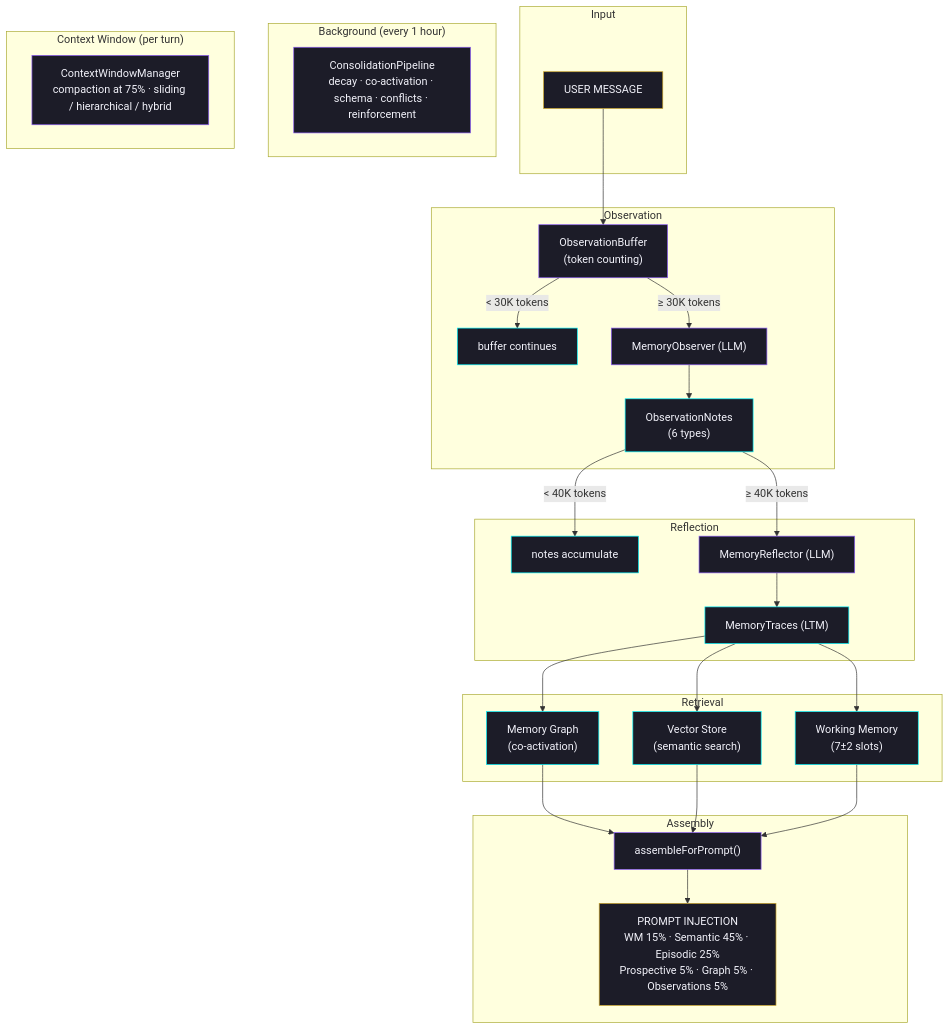
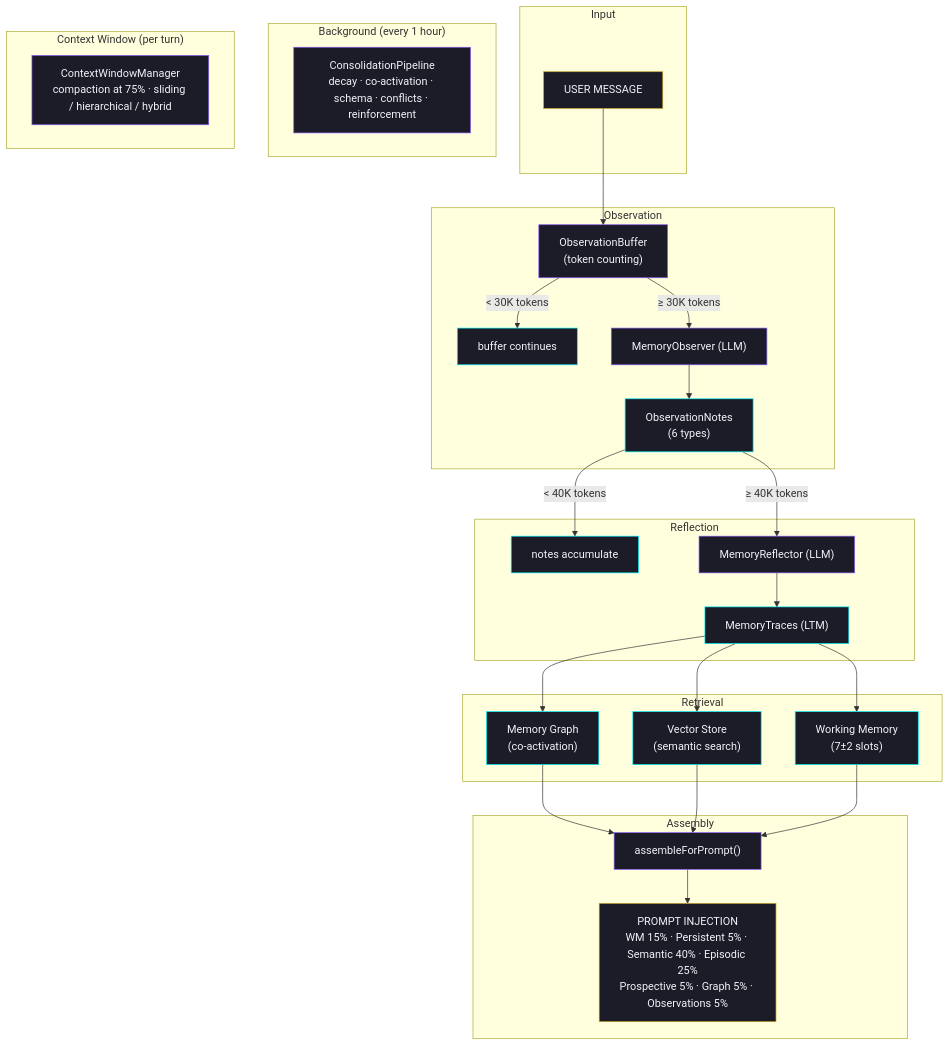
The second of 2 diagrams in docs/guides/memory-architecture.md (jddunn/wunderland-live-docs), drawn with Mermaid before and after one commit. The commit also changed other lines of this file and 1 other file, not shown here.

Commit message:
docs: add persistent memory references and update budget allocation

````diff
--- a/docs/guides/memory-architecture.md
+++ b/docs/guides/memory-architecture.md
@@ -329,57 +330,57 @@
 ```mermaid
 graph TD
     subgraph Input
         A["USER MESSAGE"]:::primary
     end
 
     subgraph Observation
         B["ObservationBuffer\n(token counting)"]:::processing
         C["buffer continues"]:::memory
         D["MemoryObserver (LLM)"]:::processing
         E["ObservationNotes\n(6 types)"]:::memory
     end
 
     subgraph Reflection
         F["notes accumulate"]:::memory
         G["MemoryReflector (LLM)"]:::processing
         H["MemoryTraces (LTM)"]:::memory
     end
 
     subgraph Retrieval
         I["Memory Graph\n(co-activation)"]:::memory
         J["Vector Store\n(semantic search)"]:::memory
         K["Working Memory\n(7±2 slots)"]:::memory
     end
 
     subgraph Assembly
         L["assembleForPrompt()"]:::processing
-        M["PROMPT INJECTION\nWM 15% · Semantic 45% · Episodic 25%\nProspective 5% · Graph 5% · Observations 5%"]:::primary
+        M["PROMPT INJECTION\nWM 15% · Persistent 5% · Semantic 40% · Episodic 25%\nProspective 5% · Graph 5% · Observations 5%"]:::primary
     end
 
     subgraph Background["Background (every 1 hour)"]
         N["ConsolidationPipeline\ndecay · co-activation · schema · conflicts · reinforcement"]:::processing
     end
 
     subgraph Context["Context Window (per turn)"]
         O["ContextWindowManager\ncompaction at 75% · sliding / hierarchical / hybrid"]:::processing
     end
 
     A --> B
     B -- "< 30K tokens" --> C
     B -- "≥ 30K tokens" --> D
     D --> E
     E -- "< 40K tokens" --> F
     E -- "≥ 40K tokens" --> G
     G --> H
     H --> I
     H --> J
     H --> K
     I --> L
     J --> L
     K --> L
     L --> M
 
     classDef primary fill:#1c1c28,stroke:#c9a227,color:#f2f2fa
     classDef memory fill:#1c1c28,stroke:#00f5ff,color:#f2f2fa
     classDef processing fill:#1c1c28,stroke:#8b5cf6,color:#f2f2fa
 ```
````
